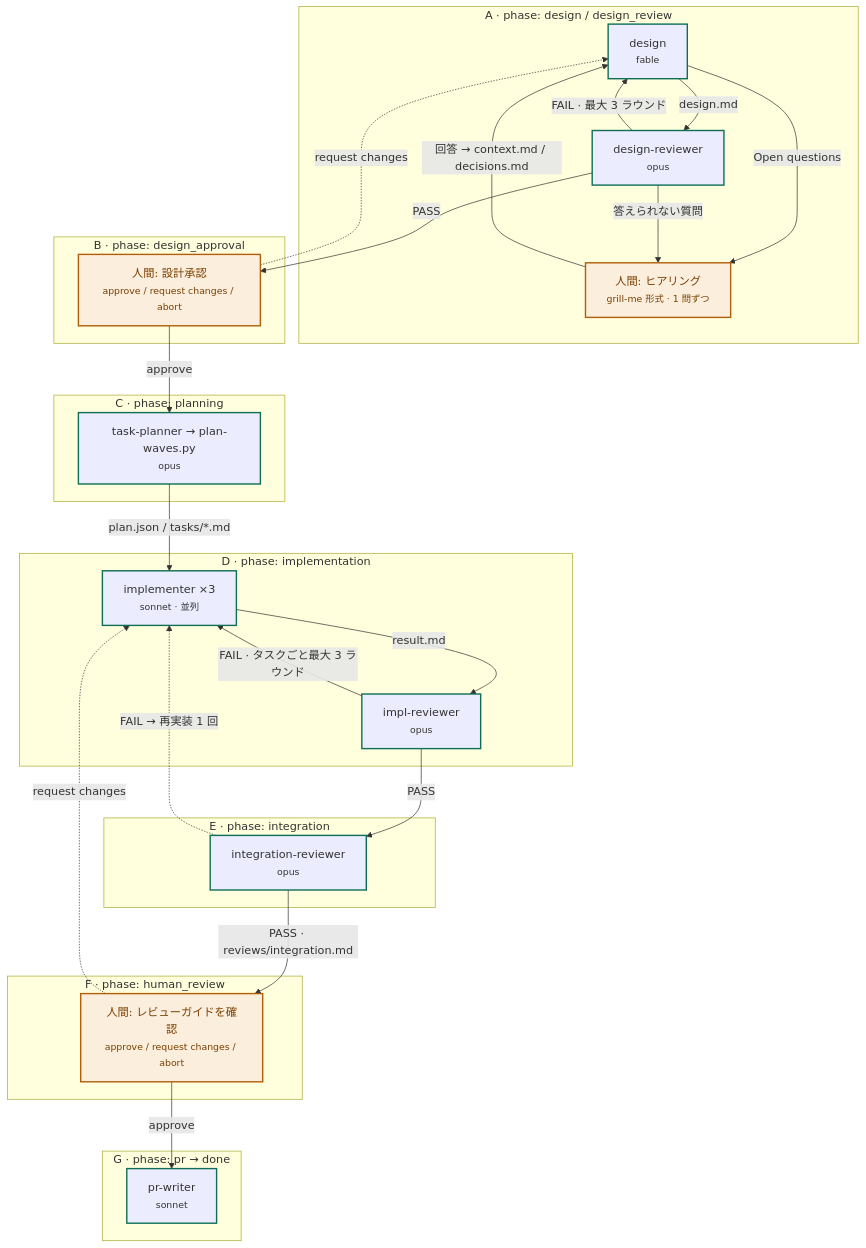
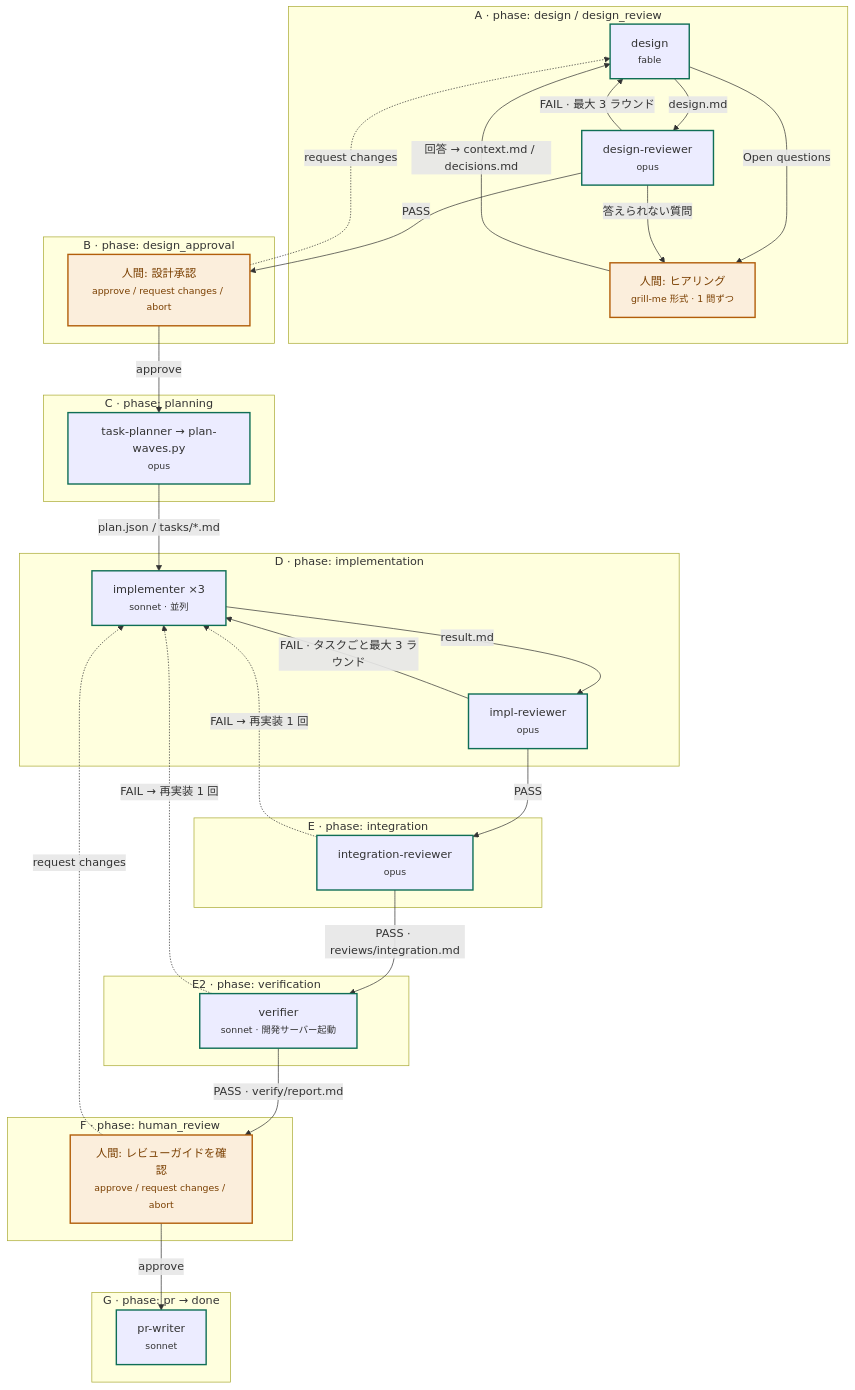
Before and after one commit to tamashiro-syuta/tama-cc-kit: the third of 12 diagrams in docs/tama-cc-devflow.md, drawn with Mermaid. The commit also changed other lines of this file and 17 other files, not shown here.

````diff
--- a/docs/tama-cc-devflow.md
+++ b/docs/tama-cc-devflow.md
@@ -104,53 +107,59 @@
 ```mermaid
 flowchart TD
     classDef agent stroke:#0f6e56,stroke-width:2px
     classDef human fill:#fbeedc,stroke:#b25e0a,stroke-width:2px,color:#7a3f00
 
     subgraph A["A · phase: design / design_review"]
         design["design<br/><small>fable</small>"]:::agent
         dreview["design-reviewer<br/><small>opus</small>"]:::agent
         interview["人間: ヒアリング<br/><small>grill-me 形式 · 1 問ずつ</small>"]:::human
         design -- design.md --> dreview
         dreview -- FAIL · 最大 3 ラウンド --> design
         design -- Open questions --> interview
         dreview -- 答えられない質問 --> interview
         interview -- "回答 → context.md / decisions.md" --> design
     end
 
     subgraph B["B · phase: design_approval"]
         approve["人間: 設計承認<br/><small>approve / request changes / abort</small>"]:::human
     end
 
     subgraph C["C · phase: planning"]
         planner["task-planner → plan-waves.py<br/><small>opus</small>"]:::agent
     end
 
     subgraph D["D · phase: implementation"]
         impl["implementer ×3<br/><small>sonnet · 並列</small>"]:::agent
         ireview["impl-reviewer<br/><small>opus</small>"]:::agent
         impl -- result.md --> ireview
         ireview -- FAIL · タスクごと最大 3 ラウンド --> impl
     end
 
     subgraph E["E · phase: integration"]
         integ["integration-reviewer<br/><small>opus</small>"]:::agent
     end
 
+    subgraph E2["E2 · phase: verification"]
+        verify["verifier<br/><small>sonnet · 開発サーバー起動</small>"]:::agent
+    end
+
     subgraph F["F · phase: human_review"]
         hreview["人間: レビューガイドを確認<br/><small>approve / request changes / abort</small>"]:::human
     end
 
     subgraph G["G · phase: pr → done"]
         prw["pr-writer<br/><small>sonnet</small>"]:::agent
     end
 
     dreview -- PASS --> approve
     approve -- approve --> planner
     approve -. request changes .-> design
     planner -- "plan.json / tasks/*.md" --> impl
     ireview -- PASS --> integ
     integ -. FAIL → 再実装 1 回 .-> impl
-    integ -- PASS · reviews/integration.md --> hreview
+    integ -- PASS · reviews/integration.md --> verify
+    verify -. "FAIL → 再実装 1 回" .-> impl
+    verify -- "PASS · verify/report.md" --> hreview
     hreview -- approve --> prw
     hreview -. request changes .-> impl
 ```
````
